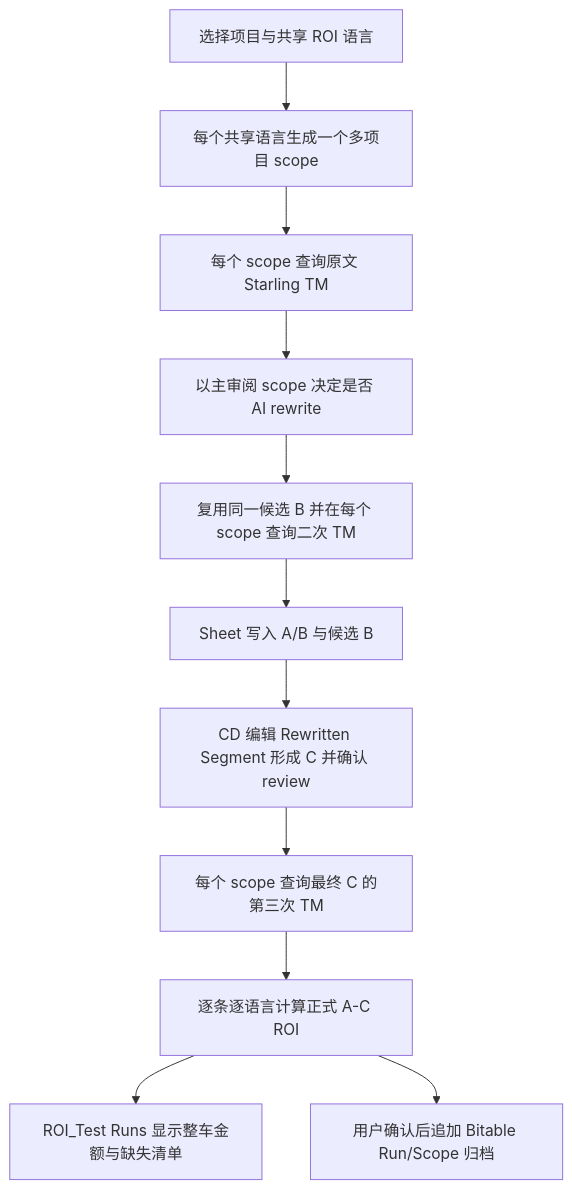
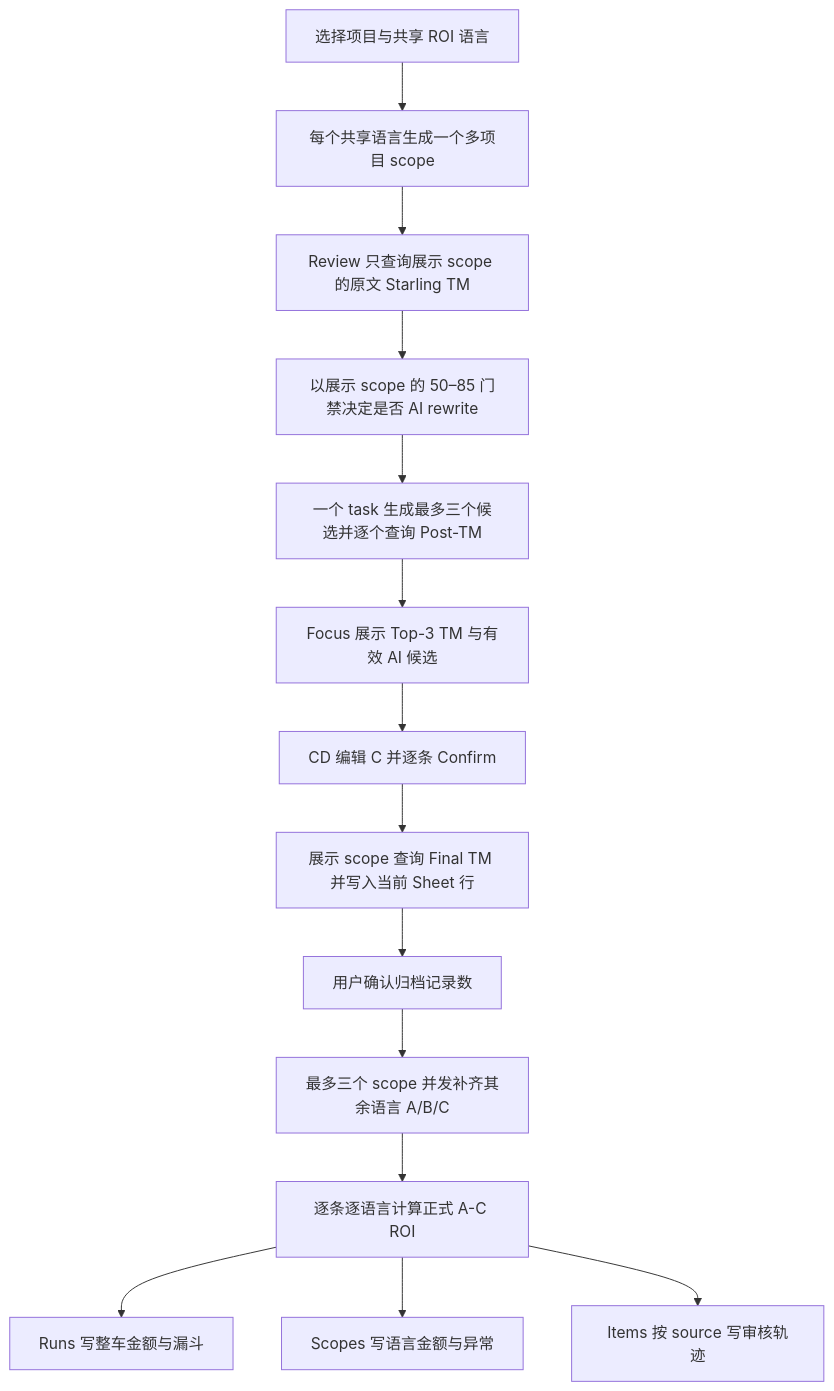
One commit to TRUSOGEN/l10n-tm-companion changed the diagram in docs/multilingual-roi.md. Above: the diagram before and after it, drawn with Mermaid. The commit also changed other lines of this file and 90 other files, not shown here.

````diff
--- a/docs/multilingual-roi.md
+++ b/docs/multilingual-roi.md
@@ -75,13 +77,16 @@
 ```mermaid
 flowchart TD
   A[选择项目与共享 ROI 语言] --> B[每个共享语言生成一个多项目 scope]
-  B --> C[每个 scope 查询原文 Starling TM]
-  C --> D[以主审阅 scope 决定是否 AI rewrite]
-  D --> E[复用同一候选 B 并在每个 scope 查询二次 TM]
-  E --> F[Sheet 写入 A/B 与候选 B]
-  F --> G[CD 编辑 Rewritten Segment 形成 C 并确认 review]
-  G --> H[每个 scope 查询最终 C 的第三次 TM]
-  H --> I[逐条逐语言计算正式 A-C ROI]
-  I --> J[ROI_Test Runs 显示整车金额与缺失清单]
-  I --> K[用户确认后追加 Bitable Run/Scope 归档]
+  B --> C[Review 只查询展示 scope 的原文 Starling TM]
+  C --> D[以展示 scope 的 50–85 门禁决定是否 AI rewrite]
+  D --> E[一个 task 生成最多三个候选并逐个查询 Post-TM]
+  E --> F[Focus 展示 Top-3 TM 与有效 AI 候选]
+  F --> G[CD 编辑 C 并逐条 Confirm]
+  G --> H[展示 scope 查询 Final TM 并写入当前 Sheet 行]
+  H --> I[用户确认归档记录数]
+  I --> J[最多三个 scope 并发补齐其余语言 A/B/C]
+  J --> K[逐条逐语言计算正式 A-C ROI]
+  K --> L[Runs 写整车金额与漏斗]
+  K --> M[Scopes 写语言金额与异常]
+  K --> N[Items 按 source 写审核轨迹]
 ```
````
